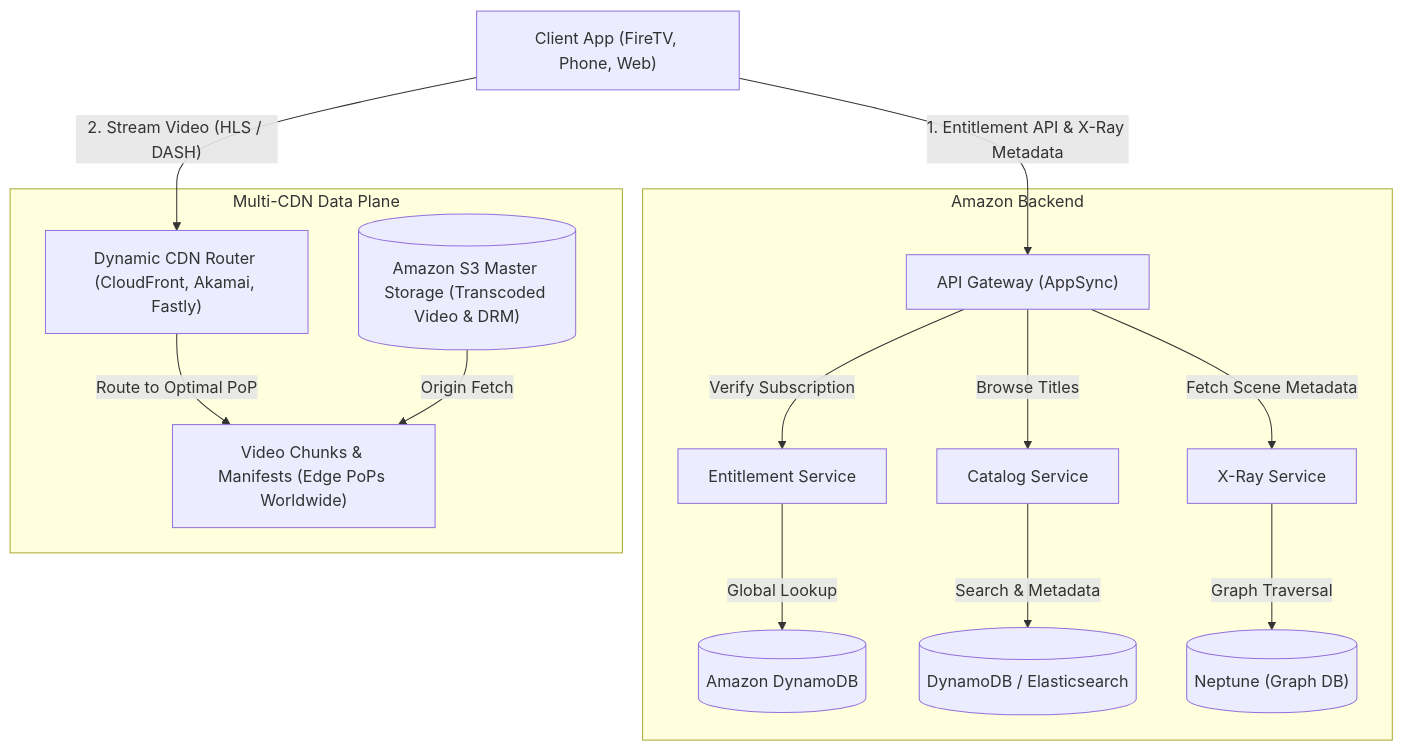
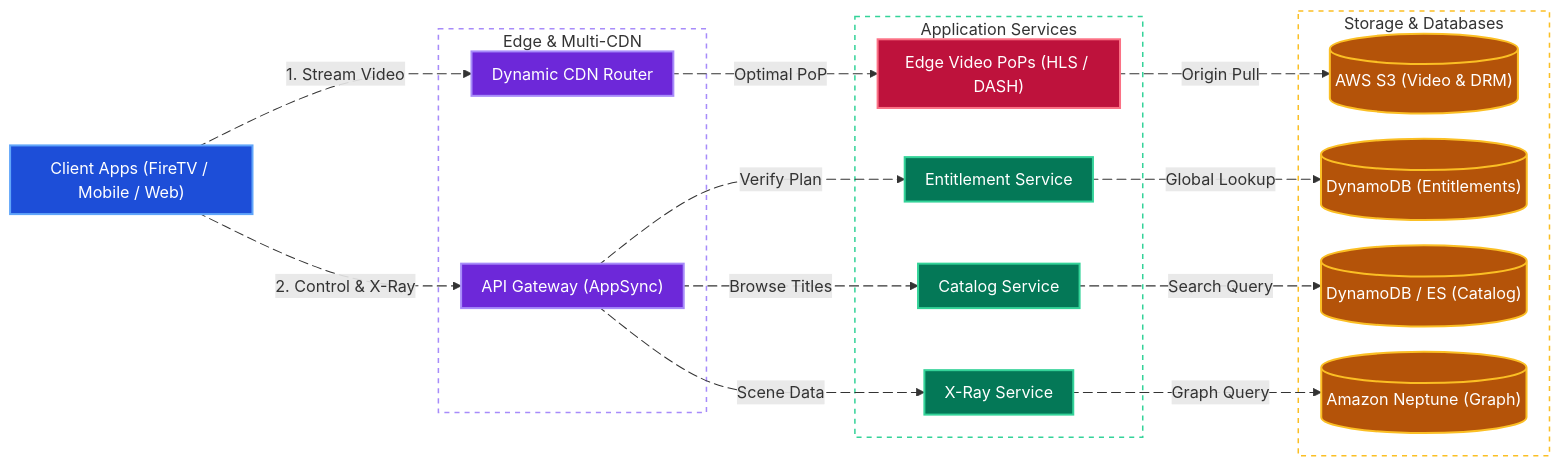
Before and after one commit to tarunbatta/tech-interview-prep: the first of 3 diagrams in system-design/amazon-prime.md, drawn with Mermaid. The commit also changed other lines of this file and 30 other files, not shown here.

First line of the commit message:
docs(system-design): convert Mermaid flowcharts to LR with colors and animated edges

````diff
--- a/system-design/amazon-prime.md
+++ b/system-design/amazon-prime.md
@@ -52,28 +52,58 @@
 ```mermaid
-flowchart TD
-    Client["Client App (FireTV, Phone, Web)"]
-    subgraph AmazonBackend["Amazon Backend"]
+%%{init: {'flowchart': {'nodeSpacing': 25, 'rankSpacing': 45, 'padding': 10}}}%%
+flowchart LR
+    Client["Client Apps (FireTV / Mobile / Web)"]
+    subgraph EdgeTier["Edge & Multi-CDN"]
+        CDNRouter["Dynamic CDN Router"]
         GW["API Gateway (AppSync)"]
+    end
+    subgraph AppBackend["Application Services"]
+        EdgePoP["Edge Video PoPs (HLS / DASH)"]
         EntSvc["Entitlement Service"]
         CatSvc["Catalog Service"]
         XRaySvc["X-Ray Service"]
-        DynamoEnt[("Amazon DynamoDB")]
-        DynamoCat[("DynamoDB / Elasticsearch")]
-        Neptune[("Neptune (Graph DB)")]
     end
-    subgraph MultiCDN["Multi-CDN Data Plane"]
-        CDNRouter["Dynamic CDN Router (CloudFront, Akamai, Fastly)"]
-        EdgePoP["Video Chunks & Manifests (Edge PoPs Worldwide)"]
-        S3Master[("Amazon S3 Master Storage (Transcoded Video & DRM)")]
+    subgraph DataLayer["Storage & Databases"]
+        S3Master[("AWS S3 (Video & DRM)")]
+        DynamoEnt[("DynamoDB (Entitlements)")]
+        DynamoCat[("DynamoDB / ES (Catalog)")]
+        Neptune[("Amazon Neptune (Graph)")]
     end
-    Client -->|"1. Entitlement API & X-Ray Metadata"| GW
-    GW -->|"Verify Subscription"| EntSvc
-    GW -->|"Browse Titles"| CatSvc
-    GW -->|"Fetch Scene Metadata"| XRaySvc
-    EntSvc -->|"Global Lookup"| DynamoEnt
-    CatSvc -->|"Search & Metadata"| DynamoCat
-    XRaySvc -->|"Graph Traversal"| Neptune
-    Client -->|"2. Stream Video (HLS / DASH)"| CDNRouter
-    CDNRouter -->|"Route to Optimal PoP"| EdgePoP
-    S3Master -->|"Origin Fetch"| EdgePoP
+    Client e1@-->|"1. Stream Video"| CDNRouter
+    CDNRouter e2@-->|"Optimal PoP"| EdgePoP
+    EdgePoP e3@-->|"Origin Pull"| S3Master
+    Client e4@-->|"2. Control & X-Ray"| GW
+    GW e5@-->|"Verify Plan"| EntSvc
+    GW e6@-->|"Browse Titles"| CatSvc
+    GW e7@-->|"Scene Data"| XRaySvc
+    EntSvc e8@-->|"Global Lookup"| DynamoEnt
+    CatSvc e9@-->|"Search Query"| DynamoCat
+    XRaySvc e10@-->|"Graph Query"| Neptune
+
+    e1@{ animate: true }
+    e2@{ animate: true }
+    e3@{ animate: true }
+    e4@{ animate: true }
+    e5@{ animate: true }
+    e6@{ animate: true }
+    e7@{ animate: true }
+    e8@{ animate: true }
+    e9@{ animate: true }
+    e10@{ animate: true }
+
+    classDef client fill:#1d4ed8,stroke:#60a5fa,stroke-width:2px,color:#ffffff
+    classDef edge fill:#6d28d9,stroke:#a78bfa,stroke-width:2px,color:#ffffff
+    classDef service fill:#047857,stroke:#34d399,stroke-width:2px,color:#ffffff
+    classDef cache fill:#be123c,stroke:#fb7185,stroke-width:2px,color:#ffffff
+    classDef storage fill:#b45309,stroke:#fbbf24,stroke-width:2px,color:#ffffff
+
+    class Client client
+    class CDNRouter,GW edge
+    class EntSvc,CatSvc,XRaySvc service
+    class EdgePoP cache
+    class S3Master,DynamoEnt,DynamoCat,Neptune storage
+
+    style EdgeTier fill:transparent,stroke:#a78bfa,stroke-width:1.5px,stroke-dasharray: 5 5
+    style AppBackend fill:transparent,stroke:#34d399,stroke-width:1.5px,stroke-dasharray: 5 5
+    style DataLayer fill:transparent,stroke:#fbbf24,stroke-width:1.5px,stroke-dasharray: 5 5
 ```
````
